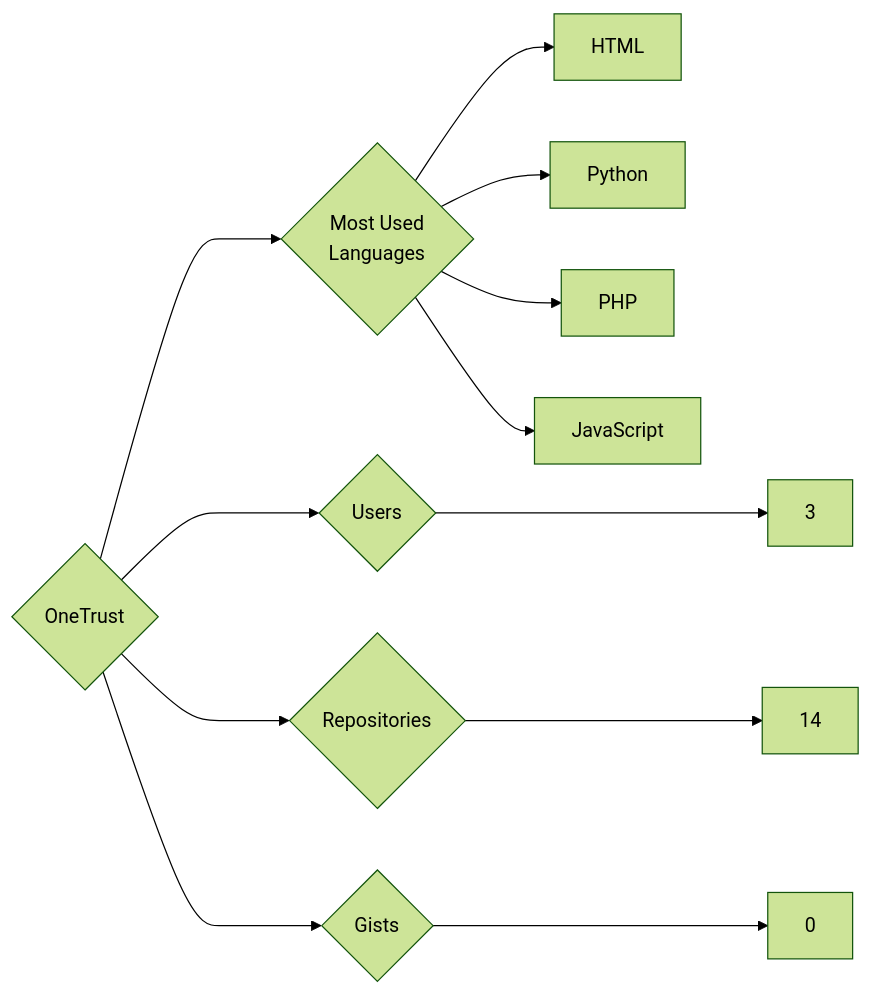
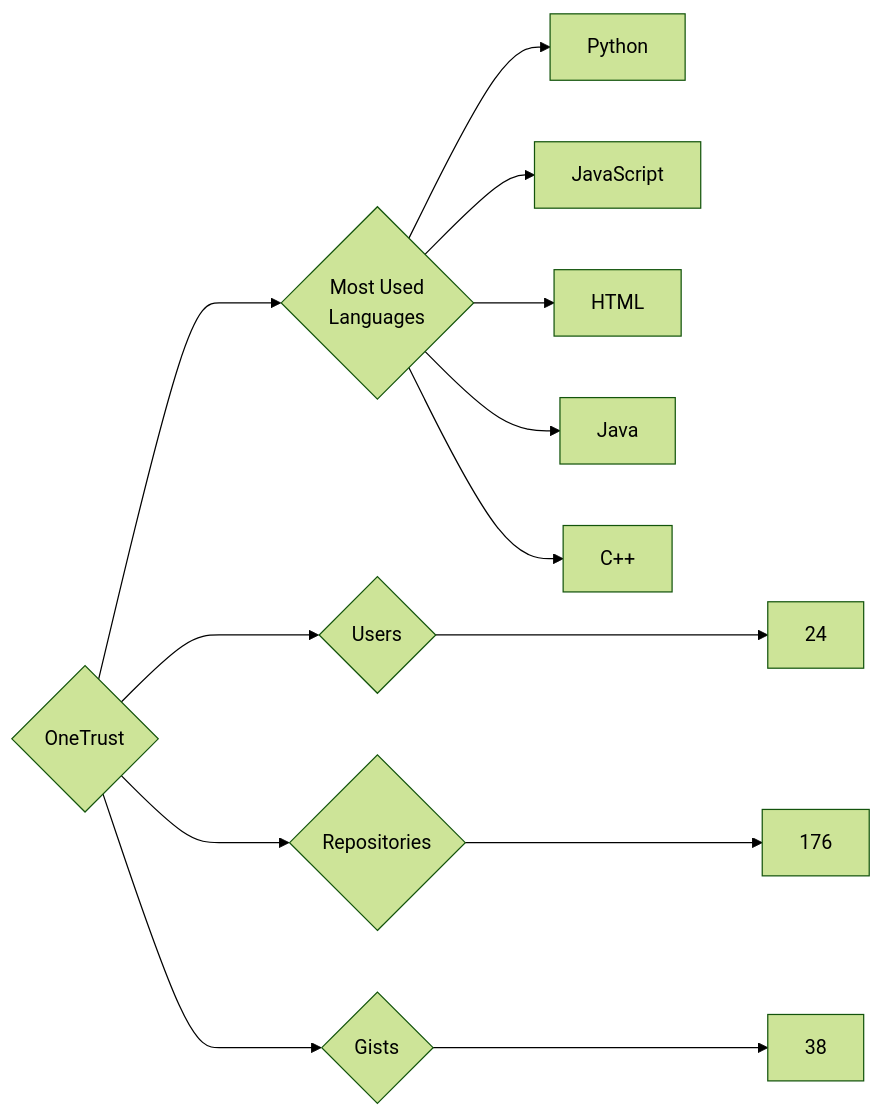
Before and after one commit to trickest/insiders: the diagram in targets/OneTrust/README.md, drawn with Mermaid (forest theme). The commit also changed 886 other files, not shown here.

````diff
--- a/targets/OneTrust/README.md
+++ b/targets/OneTrust/README.md
@@ -3,12 +3,13 @@
 ```mermaid
 graph LR
 COMPANY_NAME{OneTrust}
-COMPANY_NAME ---> U{Users} ---> UN[3]
-COMPANY_NAME ---> R{Repositories} ---> RN[14]
-COMPANY_NAME ---> G{Gists} ---> GN[0]
+COMPANY_NAME ---> U{Users} ---> UN[24]
+COMPANY_NAME ---> R{Repositories} ---> RN[176]
+COMPANY_NAME ---> G{Gists} ---> GN[38]
 COMPANY_NAME ---> ML{Most Used<br>Languages}
+ML --> Python[Python]
+ML --> JavaScript[JavaScript]
 ML --> HTML[HTML]
-ML --> Python[Python]
-ML --> PHP[PHP]
-ML --> JavaScript[JavaScript]
+ML --> Java[Java]
+ML --> C++[C++]
 ```
````
